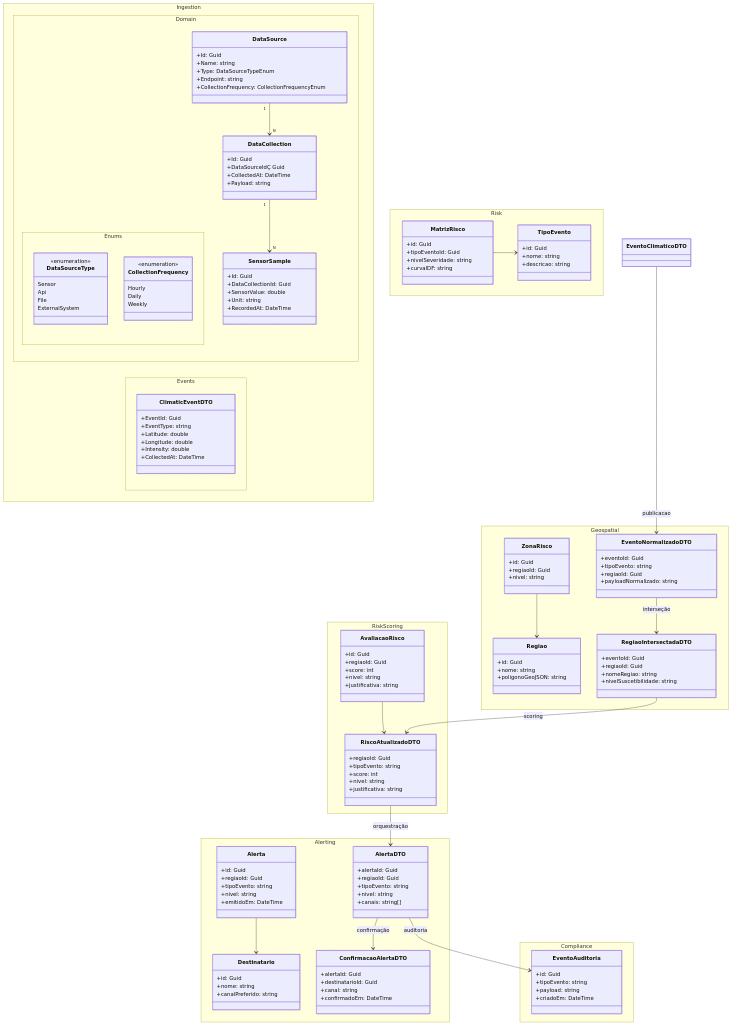
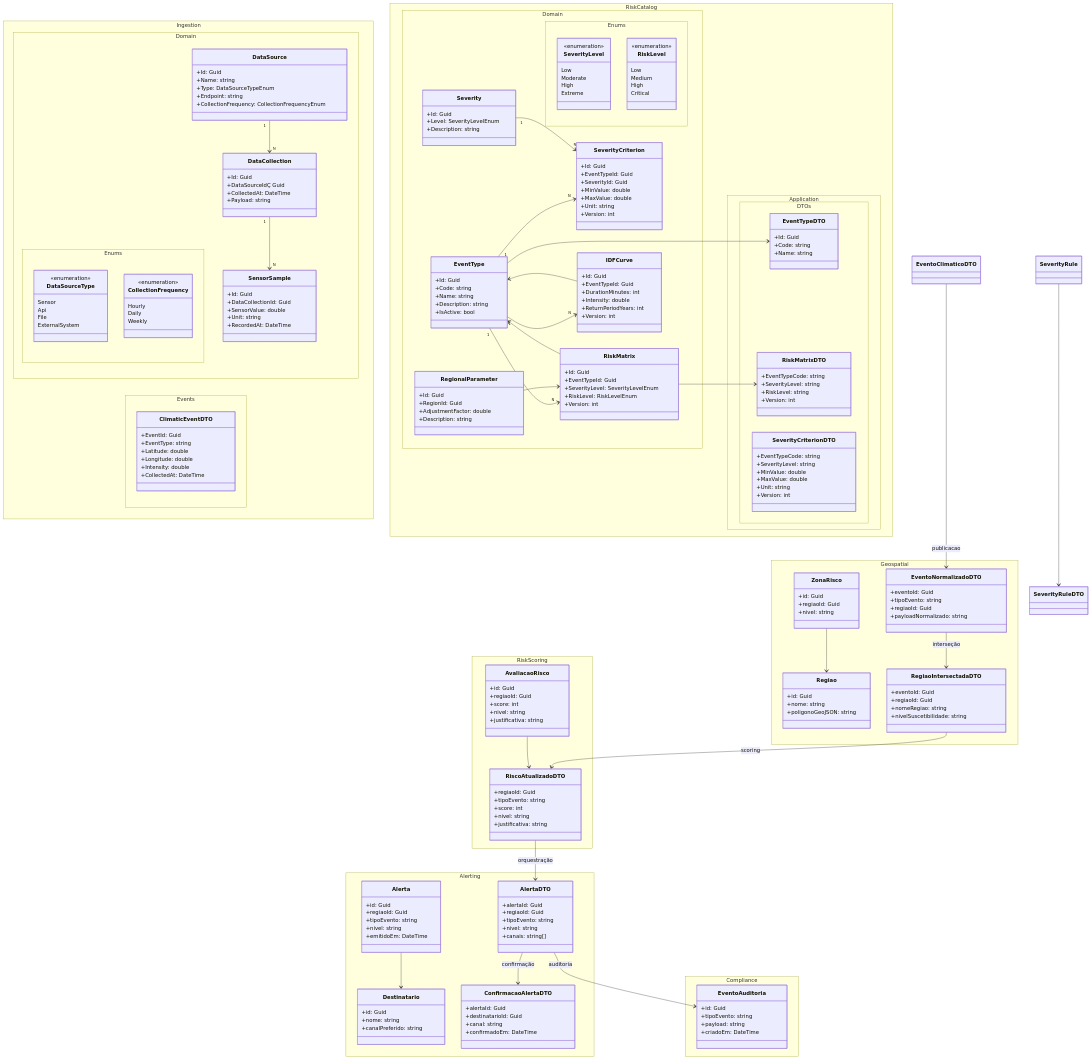
One commit to murilonicemento/sentinel changed the diagram in docs/diagrams/entity.mmd. Above: the diagram before and after it, drawn with Mermaid. The commit also changed 3 other files, not shown here.

Commit message:
docs(diagram): add new entities

```diff
--- a/docs/diagrams/entity.mmd
+++ b/docs/diagrams/entity.mmd
@@ -63,6 +63,133 @@
 }
 
 %% =====================
+%% Namespace: Risk Catalog
+%% =====================
+namespace RiskCatalog.Domain {
+
+  %% ===== Event Types and Severity =====
+  class EventType {
+    +Id: Guid
+    +Code: string
+    +Name: string
+    +Description: string
+    +IsActive: bool
+  }
+
+  class Severity {
+    +Id: Guid
+    +Level: SeverityLevelEnum
+    +Description: string
+  }
+
+  class SeverityCriterion {
+    +Id: Guid
+    +EventTypeId: Guid
+    +SeverityId: Guid
+    +MinValue: double
+    +MaxValue: double
+    +Unit: string
+    +Version: int
+  }
+
+  %% ===== Risk Matrices and IDF Curves =====
+  class RiskMatrix {
+    +Id: Guid
+    +EventTypeId: Guid
+    +SeverityLevel: SeverityLevelEnum
+    +RiskLevel: RiskLevelEnum
+    +Version: int
+  }
+
+  class IDFCurve {
+    +Id: Guid
+    +EventTypeId: Guid
+    +DurationMinutes: int
+    +Intensity: double
+    +ReturnPeriodYears: int
+    +Version: int
+  }
+
+  class RegionalParameter {
+    +Id: Guid
+    +RegionId: Guid
+    +AdjustmentFactor: double
+    +Description: string
+  }
+}
+
+%% ---------------------
+%% Domain Relationships
+%% ---------------------
+EventType "1" --> "N" SeverityCriterion
+Severity "1" --> "N" SeverityCriterion
+
+EventType "1" --> "N" RiskMatrix
+EventType "1" --> "N" IDFCurve
+
+RiskMatrix --> EventType
+IDFCurve --> EventType
+RegionalParameter --> RiskMatrix
+
+%% ---------------------
+%% Enums
+%% ---------------------
+namespace RiskCatalog.Domain.Enums {
+
+  class SeverityLevel {
+    <<enumeration>>
+    Low
+    Moderate
+    High
+    Extreme
+  }
+
+  class RiskLevel {
+    <<enumeration>>
+    Low
+    Medium
+    High
+    Critical
+  }
+}
+
+%% =====================
+%% Application DTOs (Read / Sync)
+%% =====================
+namespace RiskCatalog.Application.DTOs {
+
+  class EventTypeDTO {
+    +Id: Guid
+    +Code: string
+    +Name: string
+  }
+
+  class SeverityCriterionDTO {
+    +EventTypeCode: string
+    +SeverityLevel: string
+    +MinValue: double
+    +MaxValue: double
+    +Unit: string
+    +Version: int
+  }
+
+  class RiskMatrixDTO {
+    +EventTypeCode: string
+    +SeverityLevel: string
+    +RiskLevel: string
+    +Version: int
+  }
+}
+
+%% ---------------------
+%% Dependencies (read-only)
+%% ---------------------
+EventType --> EventTypeDTO
+SeverityRule --> SeverityRuleDTO
+RiskMatrix --> RiskMatrixDTO
+
+
+%% =====================
 %% Namespace: Geospatial
 %% =====================
 namespace Geospatial {
@@ -91,25 +218,6 @@
 }
 
 ZonaRisco --> Regiao
-
-%% =====================
-%% Namespace: Risk
-%% =====================
-namespace Risk {
-  class TipoEvento {
-    +id: Guid
-    +nome: string
-    +descricao: string
-  }
-  class MatrizRisco {
-    +id: Guid
-    +tipoEventoId: Guid
-    +nivelSeveridade: string
-    +curvaIDF: string
-  }
-}
-
-MatrizRisco --> TipoEvento
 
 %% =====================
 %% Namespace: RiskScoring
```
